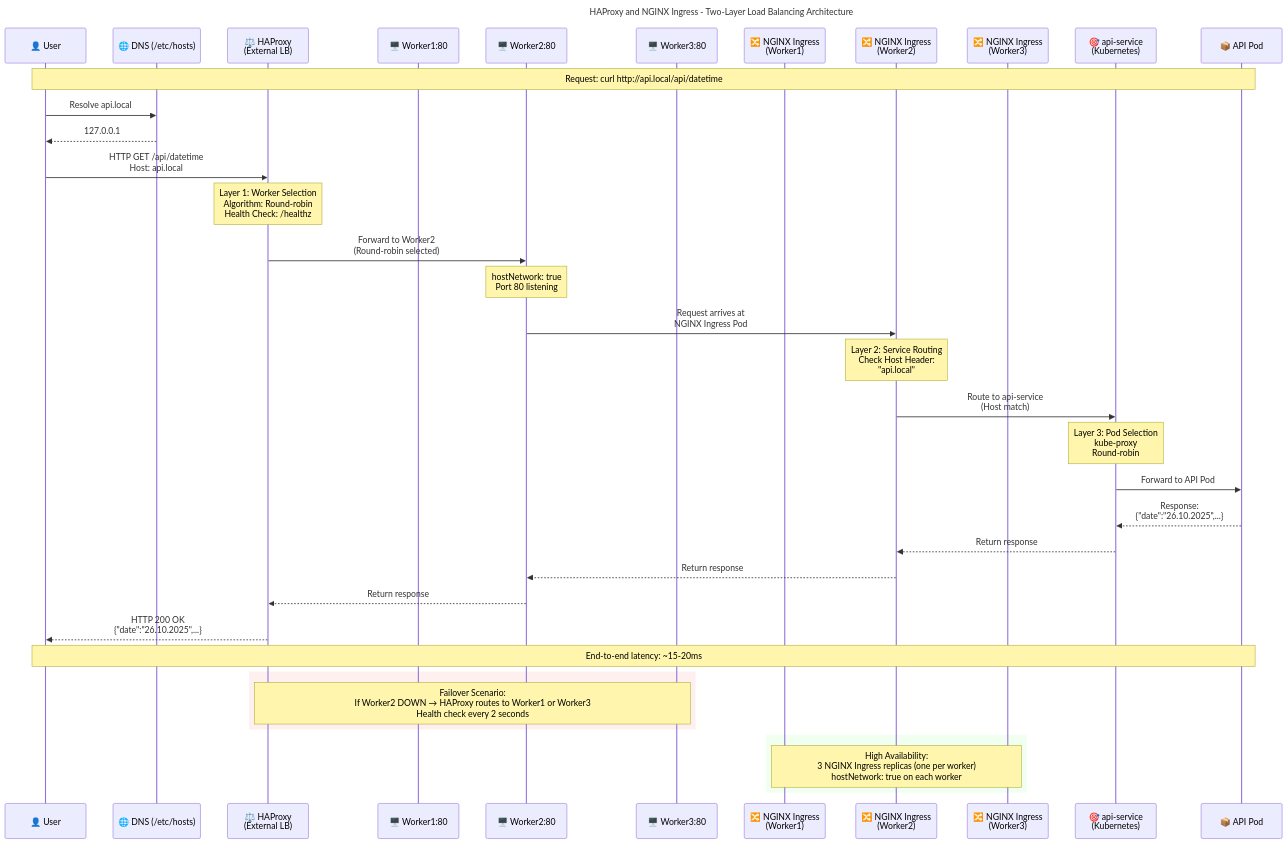
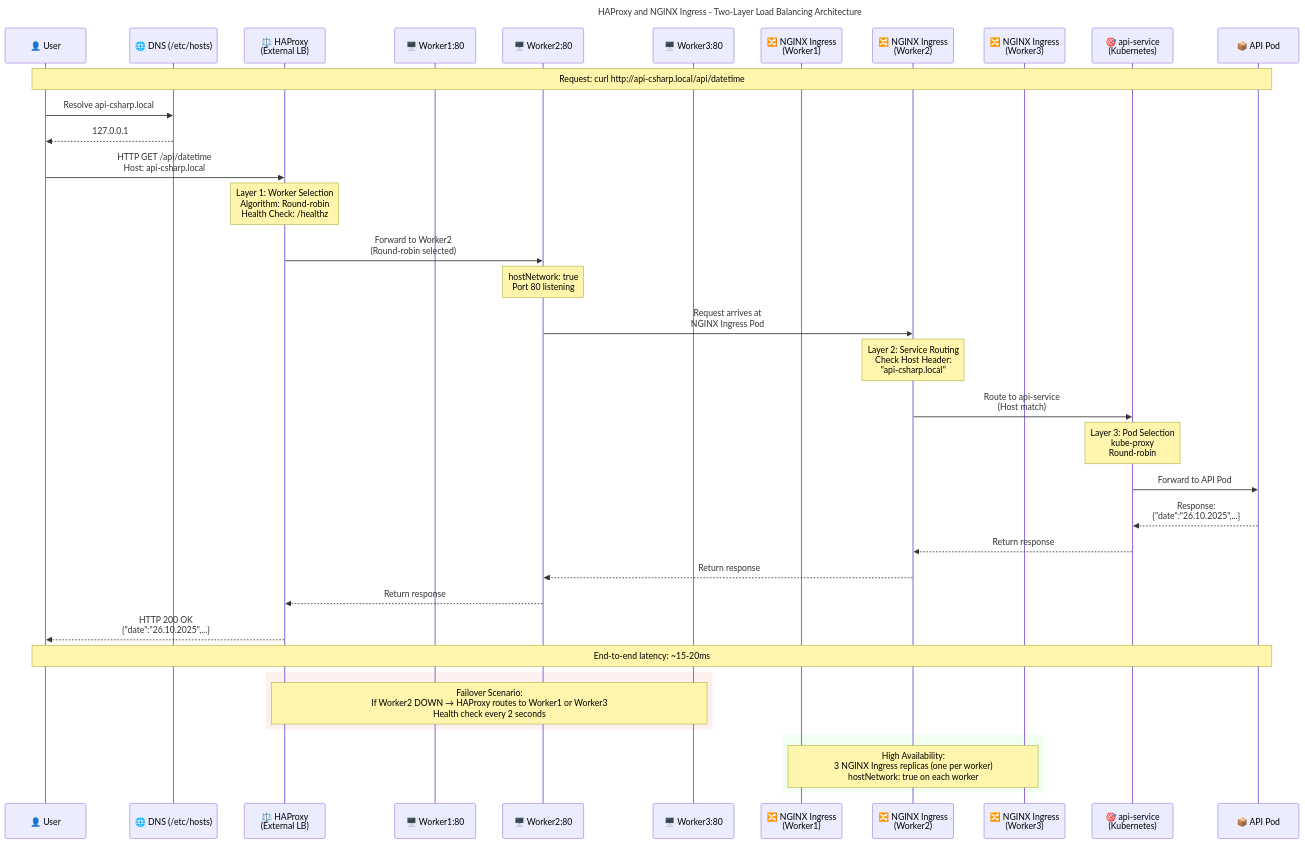
Before and after one commit to esersahin/datetime-k8s: the diagram in docs/diagrams/haproxy-traffic-flow.mmd, drawn with Mermaid. The commit also changed 57 other files, not shown here.

```diff
--- a/docs/diagrams/haproxy-traffic-flow.mmd
+++ b/docs/diagrams/haproxy-traffic-flow.mmd
@@ -1,57 +1,57 @@
 sequenceDiagram
     title HAProxy and NGINX Ingress - Two-Layer Load Balancing Architecture
 
     participant User as 👤 User
     participant DNS as 🌐 DNS (/etc/hosts)
     participant HAProxy as ⚖️ HAProxy<br/>(External LB)
     participant Worker1 as 🖥️ Worker1:80
     participant Worker2 as 🖥️ Worker2:80
     participant Worker3 as 🖥️ Worker3:80
     participant NGINX1 as 🔀 NGINX Ingress<br/>(Worker1)
     participant NGINX2 as 🔀 NGINX Ingress<br/>(Worker2)
     participant NGINX3 as 🔀 NGINX Ingress<br/>(Worker3)
     participant Service as 🎯 api-service<br/>(Kubernetes)
     participant Pod as 📦 API Pod
 
-    Note over User,Pod: Request: curl http://api.local/api/datetime
+    Note over User,Pod: Request: curl http://api-csharp.local/api/datetime
 
-    User->>DNS: Resolve api.local
+    User->>DNS: Resolve api-csharp.local
     DNS-->>User: 127.0.0.1
 
-    User->>HAProxy: HTTP GET /api/datetime<br/>Host: api.local
+    User->>HAProxy: HTTP GET /api/datetime<br/>Host: api-csharp.local
 
     Note over HAProxy: Layer 1: Worker Selection<br/>Algorithm: Round-robin<br/>Health Check: /healthz
 
     HAProxy->>Worker2: Forward to Worker2<br/>(Round-robin selected)
 
     Note over Worker2: hostNetwork: true<br/>Port 80 listening
 
     Worker2->>NGINX2: Request arrives at<br/>NGINX Ingress Pod
 
-    Note over NGINX2: Layer 2: Service Routing<br/>Check Host Header:<br/>"api.local"
+    Note over NGINX2: Layer 2: Service Routing<br/>Check Host Header:<br/>"api-csharp.local"
 
     NGINX2->>Service: Route to api-service<br/>(Host match)
 
     Note over Service: Layer 3: Pod Selection<br/>kube-proxy<br/>Round-robin
 
     Service->>Pod: Forward to API Pod
 
     Pod-->>Service: Response:<br/>{"date":"26.10.2025",...}
 
     Service-->>NGINX2: Return response
 
     NGINX2-->>Worker2: Return response
 
     Worker2-->>HAProxy: Return response
 
     HAProxy-->>User: HTTP 200 OK<br/>{"date":"26.10.2025",...}
 
     Note over User,Pod: End-to-end latency: ~15-20ms
 
     rect rgb(255, 240, 240)
     Note over HAProxy,Worker3: Failover Scenario:<br/>If Worker2 DOWN → HAProxy routes to Worker1 or Worker3<br/>Health check every 2 seconds
     end
 
     rect rgb(240, 255, 240)
     Note over NGINX1,NGINX3: High Availability:<br/>3 NGINX Ingress replicas (one per worker)<br/>hostNetwork: true on each worker
     end
```
